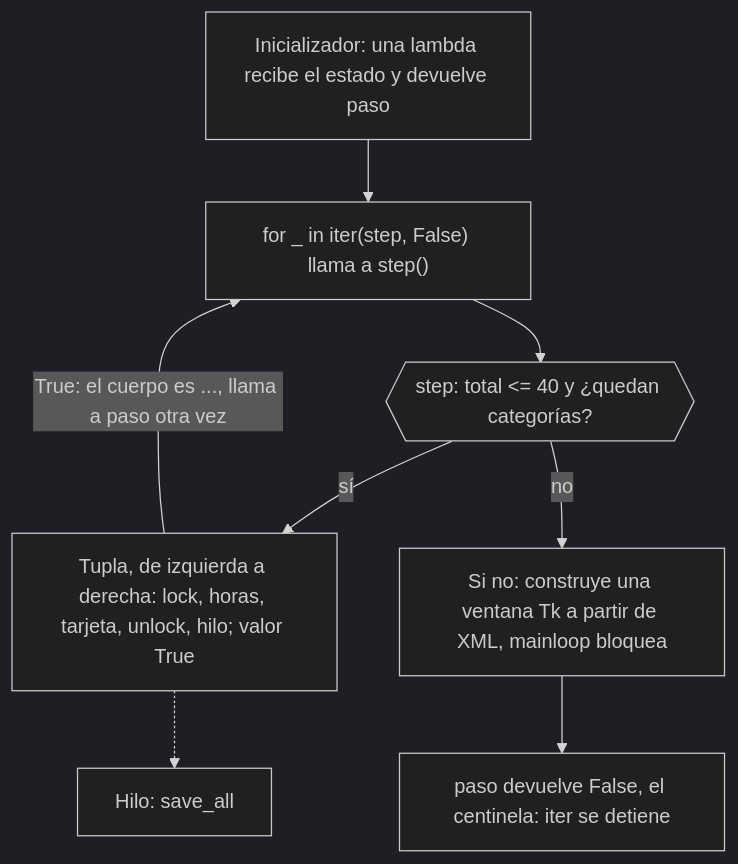
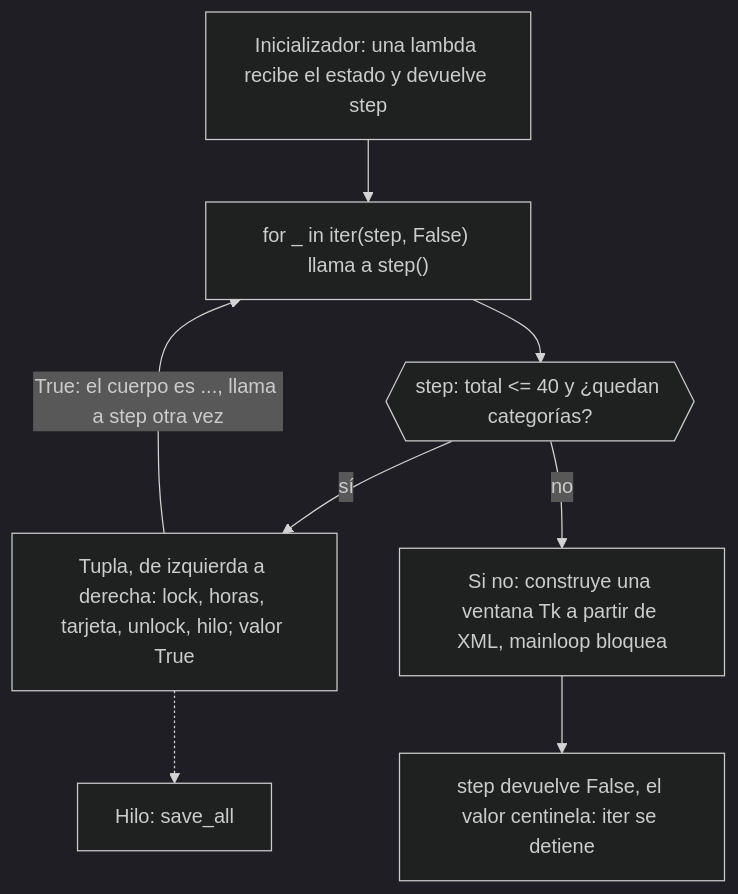
The diagram in src/PythonChallenge1/README.md (dullroar/aprende-a-programar-como-un-bicho-raro), drawn with Mermaid (dark theme) before and after one commit. The commit also changed other lines of this file and 7 other files, not shown here.

Commit message:
loop(P3C-015): editorial correction of src/PythonChallenge1/README.md per review Part D: sentencia and adaptación, step literal in three labels, valor centinela, pseudocódigo label, canal alfa gloss, one sandbox gloss, 6 dispositions recorded, SI-017 logged, diagram 12.0 pt

````diff
--- a/src/PythonChallenge1/README.md
+++ b/src/PythonChallenge1/README.md
@@ -61,12 +61,12 @@
 ```mermaid
 flowchart TD
-    accTitle: PythonChallenge1: iter con un centinela llama a una función hasta que devuelve False
-    accDescr: Un diagrama de flujo. Una lambda construye la función step a partir del objeto de estado. La instrucción for itera iter(step, False), así que llama a step una y otra vez. Cada llamada comprueba si el total no pasa de 40 y si queda una categoría. Si es así, se ejecuta una tupla de llamadas de izquierda a derecha: bloquear, sumar horas, preparar una tarjeta, desbloquear, iniciar un hilo que guarda. El último elemento de la tupla es True, que no es el centinela, así que se ejecuta el cuerpo vacío y el bucle llama a step otra vez. Si no, la rama else construye una ventana de Tk a partir de una cadena de texto XML y llama a mainloop, que bloquea hasta que se cierra la ventana, y step devuelve False. Eso es igual al centinela, así que iter se detiene y el for termina.
-    A["Inicializador: una lambda recibe el estado y devuelve paso"] --> B["for _ in iter(step, False) llama a step()"]
+    accTitle: PythonChallenge1: iter con un valor centinela llama a una función hasta que devuelve False
+    accDescr: Un diagrama de flujo. Una lambda construye la función step a partir del objeto de estado. La sentencia for recorre el iterador creado por iter(step, False), así que llama a step una y otra vez. Cada llamada comprueba si el total no pasa de 40 y si queda una categoría. Si es así, se ejecuta una tupla de llamadas de izquierda a derecha: bloquear, sumar horas, preparar una tarjeta, desbloquear, iniciar un hilo que guarda. El último elemento de la tupla es True, que no es el valor centinela, así que se ejecuta el cuerpo vacío y el bucle llama a step otra vez. Si no, la rama else construye una ventana de Tk a partir de una cadena de texto XML y llama a mainloop, que bloquea hasta que se cierra la ventana, y step devuelve False. Ese valor es igual al valor centinela, así que iter se detiene y el for termina.
+    A["Inicializador: una lambda recibe el estado y devuelve step"] --> B["for _ in iter(step, False) llama a step()"]
     B --> C{{"step: total <= 40 y ¿quedan categorías?"}}
     C -->|sí| D["Tupla, de izquierda a derecha: lock, horas, tarjeta, unlock, hilo; valor True"]
-    D -->|"True: el cuerpo es ..., llama a paso otra vez"| B
+    D -->|"True: el cuerpo es ..., llama a step otra vez"| B
     D -.-> T["Hilo: save_all"]
     C -->|no| F["Si no: construye una ventana Tk a partir de XML, mainloop bloquea"]
-    F --> G["paso devuelve False, el centinela: iter se detiene"]
+    F --> G["step devuelve False, el valor centinela: iter se detiene"]
 ```
````
